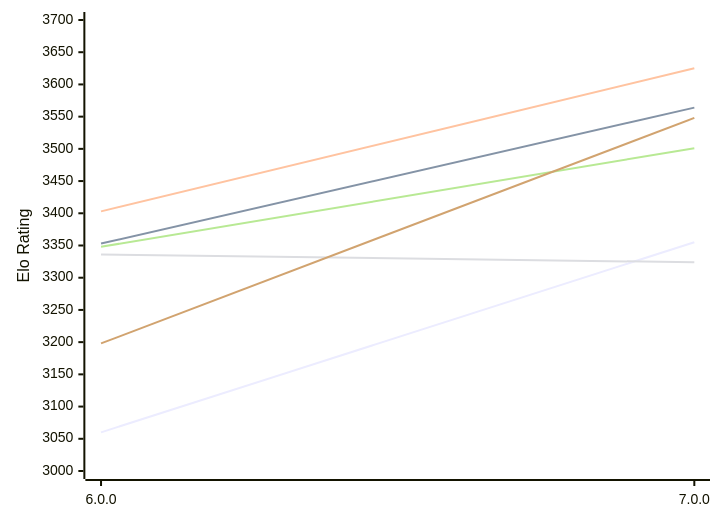
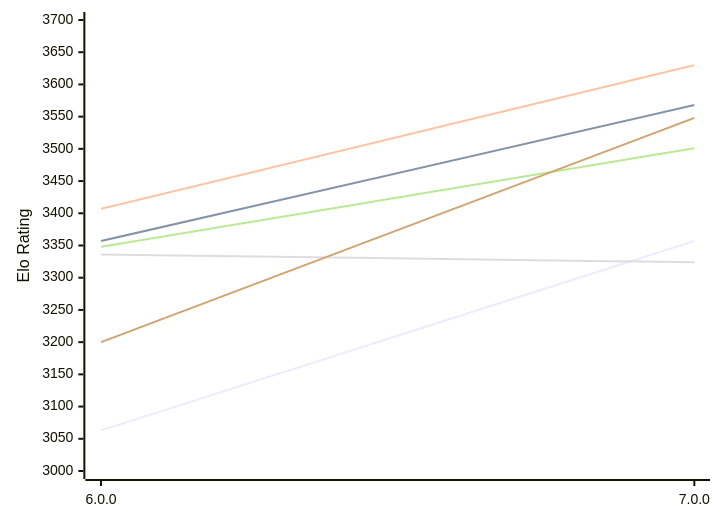
Before and after one commit to computer-chess-index/cci: the first of 2 diagrams in engines/Minke.md, drawn with Mermaid. The commit also changed other lines of this file, not shown here.

Commit message:
Update CCI Ratings (ELO VLTC) - 2026-11-22

````diff
--- a/engines/Minke.md
+++ b/engines/Minke.md
@@ -53,12 +53,12 @@
 ```mermaid
 %%{init: {"theme":"base","themeVariables":{"seriesColors:['#a3a3a3','#222221','#faa371']}}}%%
 xychart-beta
   x-axis ["6.0.0", "7.0.0"]
   y-axis "Elo Rating" 3000 --> 3700
-  line "E1: STC (8.0+0.08s)" [3060, 3355]
-  line "E1: LTC (60.0+0.60s)" [3353, 3564]
-  line "E1: VLTC (2m24s+1.12s)" [3403, 3625]
+  line "E1: STC (8.0+0.08s)" [3063, 3357]
+  line "E1: LTC (60.0+0.60s)" [3357, 3568]
+  line "E1: VLTC (2m24s+1.12s)" [3407, 3630]
   line "P1: STC (8.0+0.08s)" [3336, 3324]
   line "P1: LTC (60.0+0.60s)" [3348, 3501]
-  line "P1: VLTC (2m24s+1.12s)" [3198, 3548]
+  line "P1: VLTC (2m24s+1.12s)" [3200, 3548]
 ```
````
